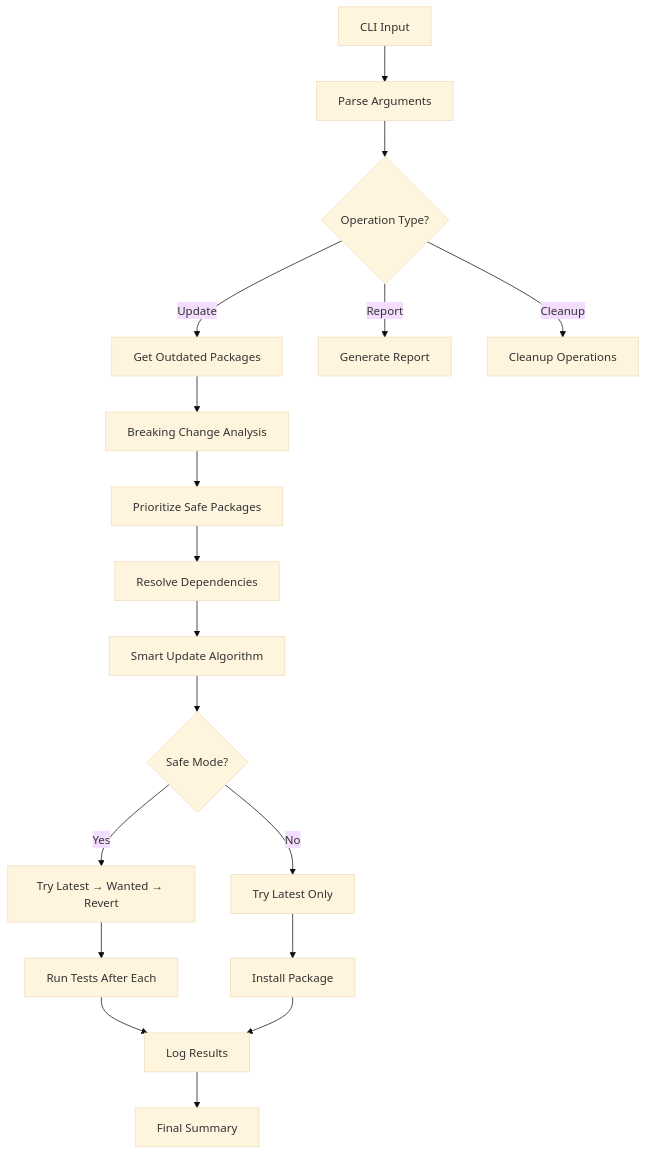
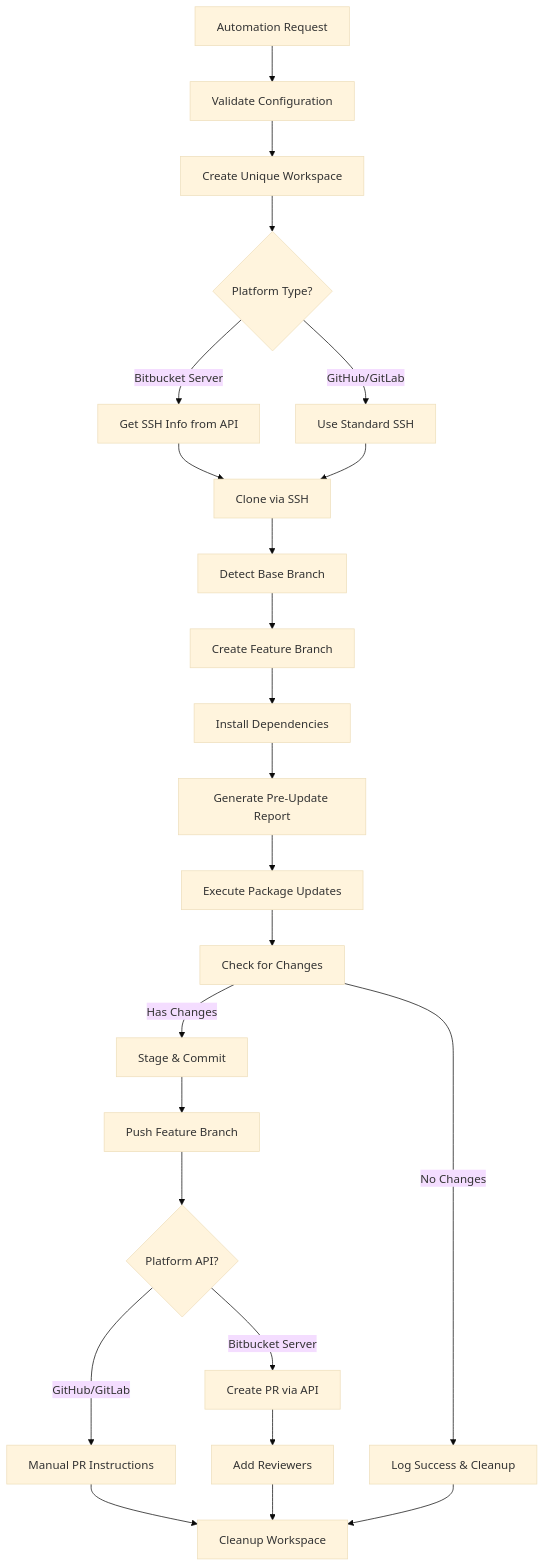
One commit to sthpratik/PackUpdate changed the first of 2 diagrams in docs/architecture.md. Above: the diagram before and after it, drawn with Mermaid (base theme). The commit also changed other lines of this file and 7 other files, not shown here.

````diff
--- a/docs/architecture.md
+++ b/docs/architecture.md
@@ -129,23 +202,32 @@
 ```mermaid
 graph TD
-    A[CLI Input] --> B[Parse Arguments]
-    B --> C{Operation Type?}
-    C -->|Update| D[Get Outdated Packages]
-    C -->|Report| E[Generate Report]
-    C -->|Cleanup| F[Cleanup Operations]
+    A[Automation Request] --> B[Validate Configuration]
+    B --> C[Create Unique Workspace]
+    C --> D{Platform Type?}
     
-    D --> G[Breaking Change Analysis]
-    G --> H[Prioritize Safe Packages]
-    H --> I[Resolve Dependencies]
-    I --> J[Smart Update Algorithm]
+    D -->|Bitbucket Server| E[Get SSH Info from API]
+    D -->|GitHub/GitLab| F[Use Standard SSH]
     
-    J --> K{Safe Mode?}
-    K -->|Yes| L[Try Latest → Wanted → Revert]
-    K -->|No| M[Try Latest Only]
+    E --> G[Clone via SSH]
+    F --> G
+    G --> H[Detect Base Branch]
+    H --> I[Create Feature Branch]
+    I --> J[Install Dependencies]
+    J --> K[Generate Pre-Update Report]
+    K --> L[Execute Package Updates]
+    L --> M[Check for Changes]
     
-    L --> N[Run Tests After Each]
-    M --> O[Install Package]
-    N --> P[Log Results]
-    O --> P
-    P --> Q[Final Summary]
+    M -->|No Changes| N[Log Success & Cleanup]
+    M -->|Has Changes| O[Stage & Commit]
+    
+    O --> P[Push Feature Branch]
+    P --> Q{Platform API?}
+    
+    Q -->|Bitbucket Server| R[Create PR via API]
+    Q -->|GitHub/GitLab| S[Manual PR Instructions]
+    
+    R --> T[Add Reviewers]
+    S --> U[Cleanup Workspace]
+    T --> U
+    N --> U
 ```
````
